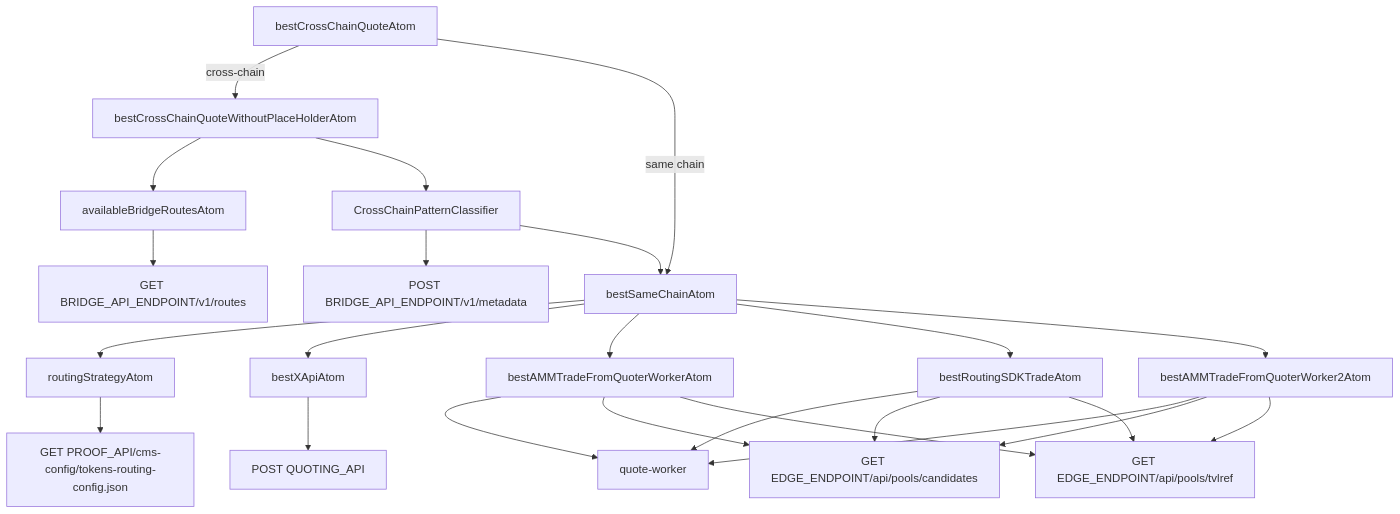
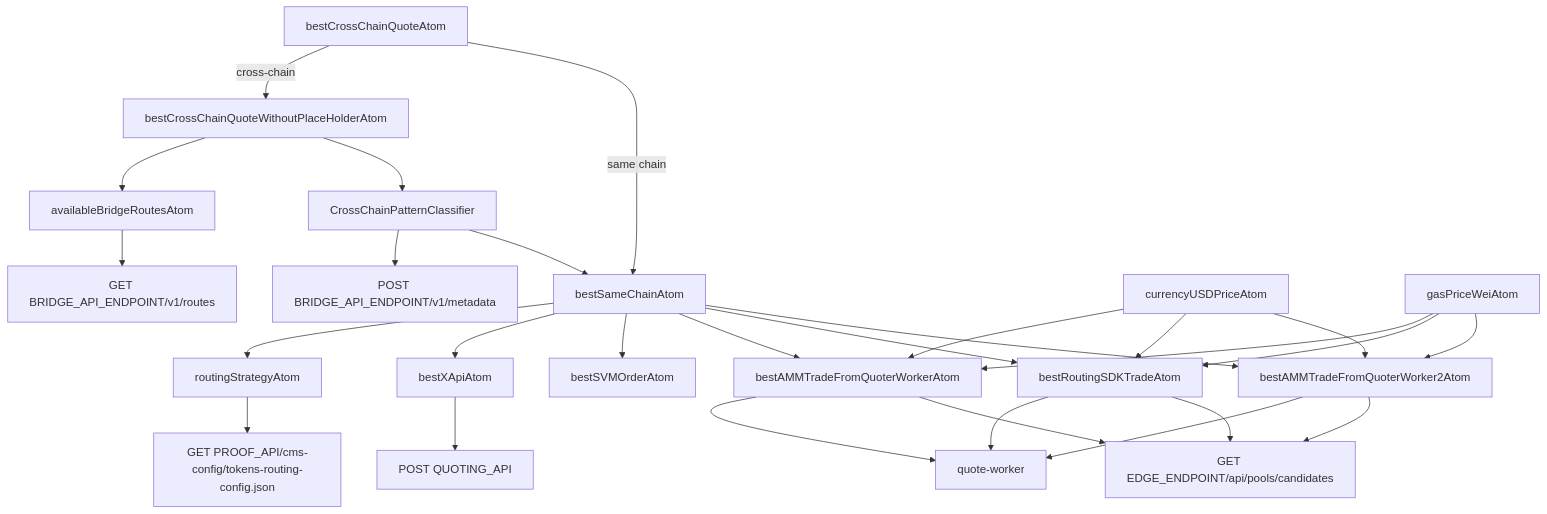
Before and after one commit to chef-ryan/pancake-frontend: the first of 3 diagrams in apps/web/src/quoter/viz.md, drawn with Mermaid. The commit also changed other lines of this file, not shown here.

````diff
--- a/apps/web/src/quoter/viz.md
+++ b/apps/web/src/quoter/viz.md
@@ -11,34 +11,42 @@
 ```mermaid
 flowchart TD
     A[bestCrossChainQuoteAtom]
     A -->|cross-chain| B[bestCrossChainQuoteWithoutPlaceHolderAtom]
     A -->|same chain| S[bestSameChainAtom]
 
     B --> R[availableBridgeRoutesAtom]
     R --> R1["GET BRIDGE_API_ENDPOINT/v1/routes"]
 
     B --> P[CrossChainPatternClassifier]
     P --> METADATA["POST BRIDGE_API_ENDPOINT/v1/metadata"]
     P --> S
 
     S --> RS[routingStrategyAtom]
     RS --> RS1["GET PROOF_API/cms-config/tokens-routing-config.json"]
 
     S --> QA[bestXApiAtom]
     QA --> QA1["POST QUOTING_API"]
 
+    S --> SVM[bestSVMOrderAtom]
+
     S --> BW1[bestAMMTradeFromQuoterWorkerAtom]
     BW1 --> W[quote-worker]
     BW1 --> EP1["GET EDGE_ENDPOINT/api/pools/candidates"]
-    BW1 --> EP2["GET EDGE_ENDPOINT/api/pools/tvlref"]
 
     S --> BW2[bestRoutingSDKTradeAtom]
     BW2 --> W
     BW2 --> EP1
-    BW2 --> EP2
 
     S --> BW3[bestAMMTradeFromQuoterWorker2Atom]
     BW3 --> W
     BW3 --> EP1
-    BW3 --> EP2
+
+    USD[currencyUSDPriceAtom]
+    GP[gasPriceWeiAtom]
+    USD --> BW1
+    USD --> BW2
+    USD --> BW3
+    GP --> BW1
+    GP --> BW2
+    GP --> BW3
 ```
````
